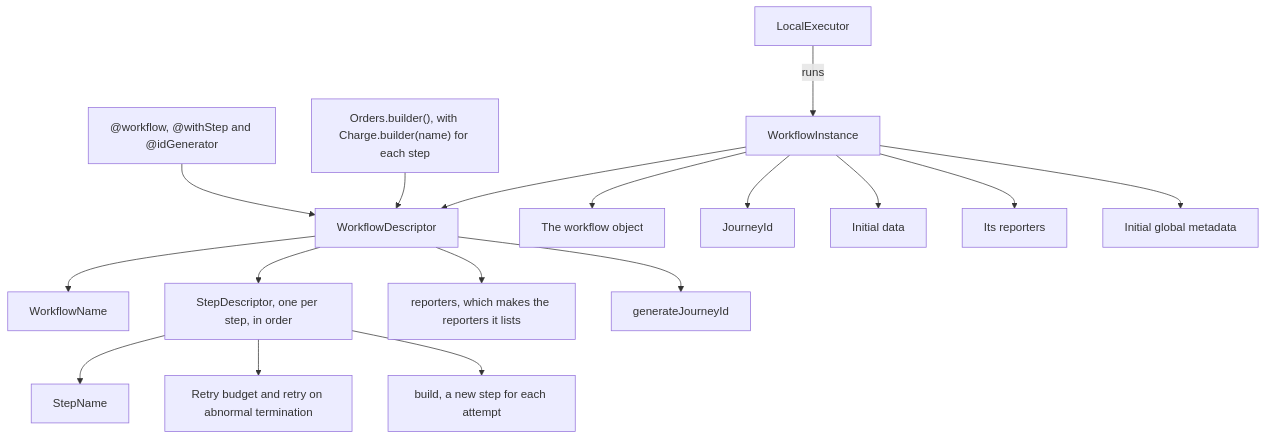
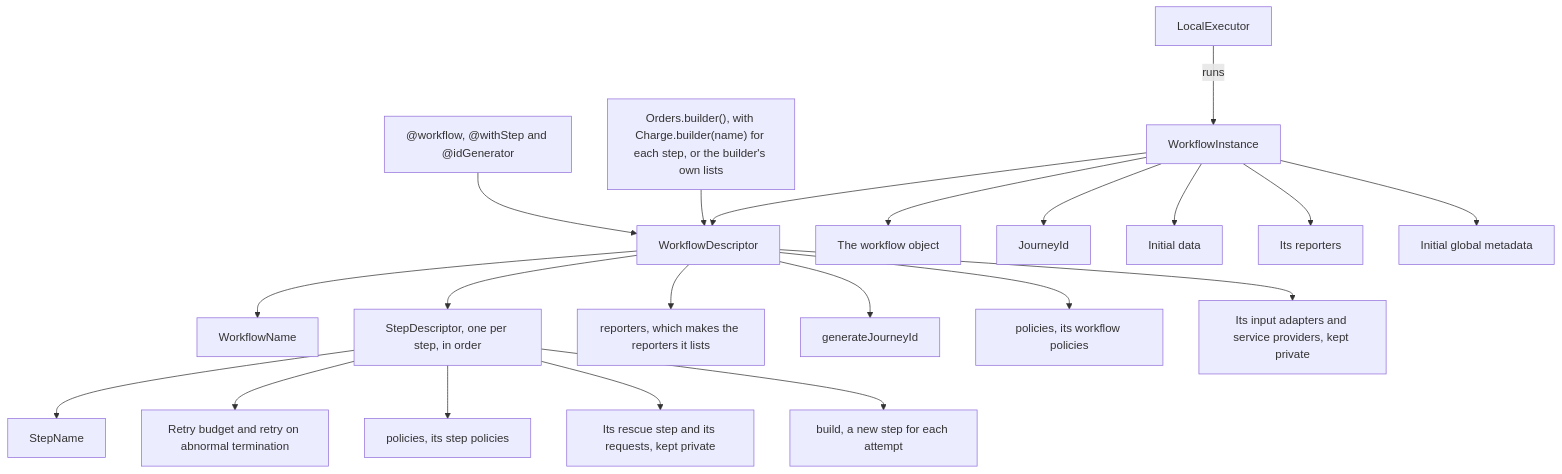
Before and after one commit to itinera-dev/itinera-ts: the second of 8 diagrams in docs/architecture.md, drawn with Mermaid. The commit also changed other lines of this file and 66 other files, not shown here.

````diff
--- a/docs/architecture.md
+++ b/docs/architecture.md
@@ -57,21 +57,25 @@
 ```mermaid
 flowchart TD
     accTitle: What a workflow descriptor and an instance hold
-    accDescr: A workflow descriptor holds its name, its step descriptors in order, makes the reporters it lists, and generates journey IDs. A step descriptor holds the step's name, its retry budget, whether it retries an abnormal termination, and how to build the step. Decorators and the builder, given a builder for each step, both make the descriptor. An instance holds the descriptor beside the workflow object, its journey ID, its initial data, its reporters and its initial global metadata, and the local executor runs it.
+    accDescr: A workflow descriptor holds its name, its step descriptors in order, makes the reporters it lists, and generates journey IDs. A workflow descriptor also holds its workflow policies, and keeps its input adapters and service providers private. A step descriptor holds the step's name, its retry budget, whether it retries an abnormal termination, its step policies, and how to build the step, and keeps its rescue step and its requests private. Decorators and the builder, given a builder for each step or its own lists, both make the descriptor. An instance holds the descriptor beside the workflow object, its journey ID, its initial data, its reporters and its initial global metadata, and the local executor runs it.
     decorators["@workflow, @withStep and @idGenerator"] --> descriptor["WorkflowDescriptor"]
-    builder["Orders.builder(), with Charge.builder(name) for each step"] --> descriptor
+    builder["Orders.builder(), with Charge.builder(name) for each step, or the builder's own lists"] --> descriptor
     descriptor --> name["WorkflowName"]
     descriptor --> steps["StepDescriptor, one per step, in order"]
     descriptor --> reporters["reporters, which makes the reporters it lists"]
     descriptor --> generator["generateJourneyId"]
+    descriptor --> workflowPolicies["policies, its workflow policies"]
+    descriptor --> adapters["Its input adapters and service providers, kept private"]
     steps --> stepName["StepName"]
     steps --> budget["Retry budget and retry on abnormal termination"]
+    steps --> stepPolicies["policies, its step policies"]
+    steps --> stepPrivate["Its rescue step and its requests, kept private"]
     steps --> build["build, a new step for each attempt"]
     instance["WorkflowInstance"] --> descriptor
     instance --> workflow["The workflow object"]
     instance --> id["JourneyId"]
     instance --> data["Initial data"]
     instance --> ireporters["Its reporters"]
     instance --> metadata["Initial global metadata"]
     executor["LocalExecutor"] -->|"runs"| instance
 ```
````
